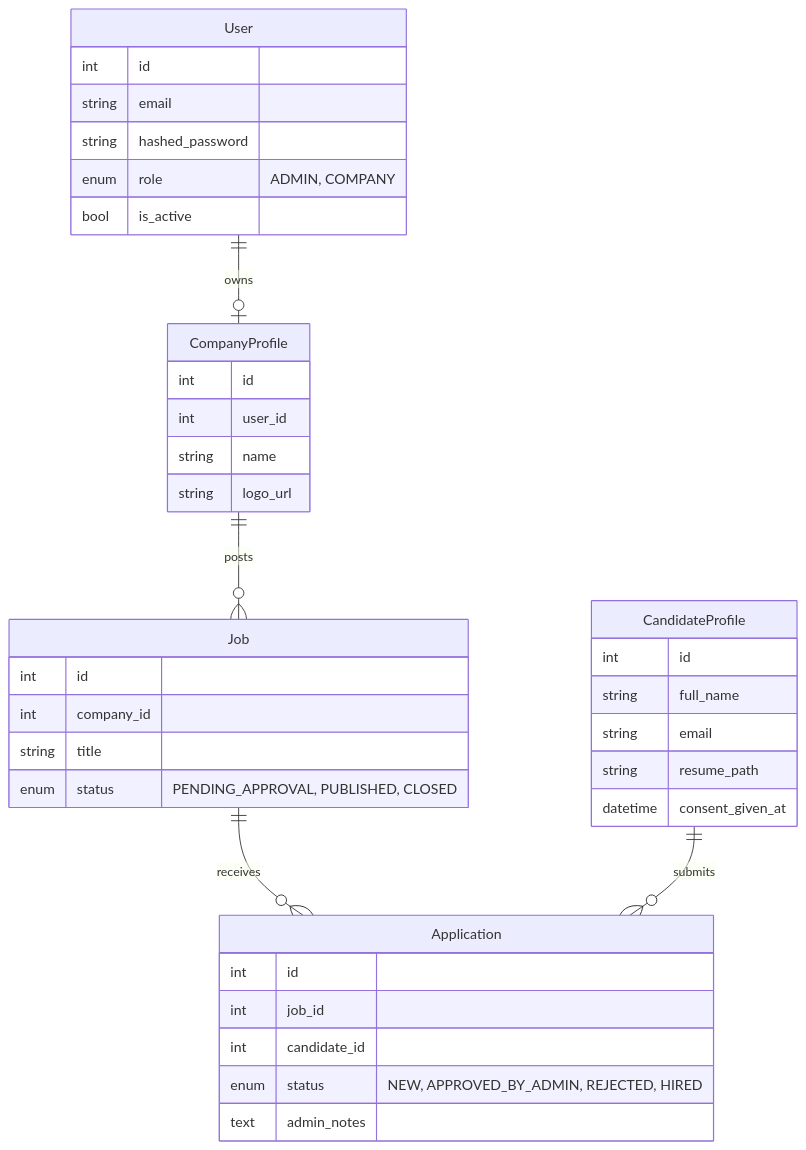
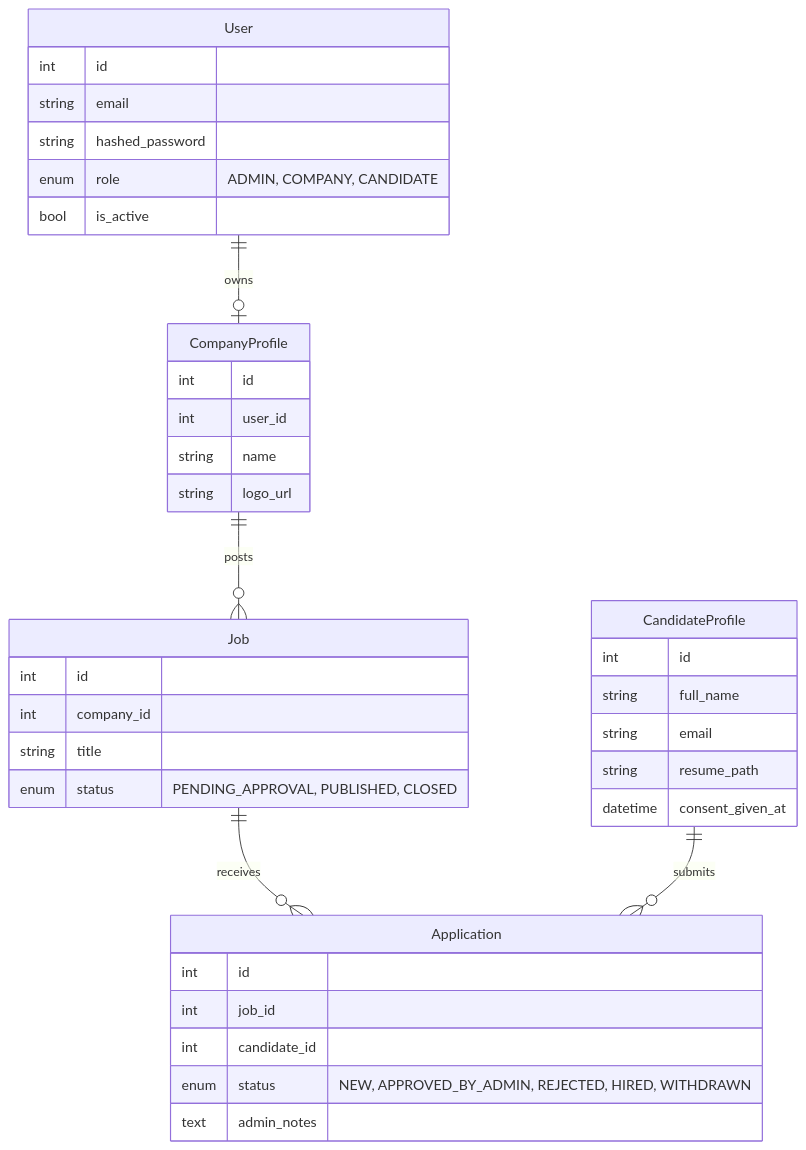
One commit to lahavrud/rs-recruitment changed the diagram in README.md. Above: the diagram before and after it, drawn with Mermaid. The commit also changed 7 other files, not shown here.

````diff
--- a/README.md
+++ b/README.md
@@ -68,41 +68,41 @@
 ```mermaid
 erDiagram
     User ||--o| CompanyProfile : owns
     CompanyProfile ||--o{ Job : posts
     Job ||--o{ Application : receives
     CandidateProfile ||--o{ Application : submits
 
     User {
         int id
         string email
         string hashed_password
-        enum role "ADMIN, COMPANY"
+        enum role "ADMIN, COMPANY, CANDIDATE"
         bool is_active
     }
     CompanyProfile {
         int id
         int user_id
         string name
         string logo_url
     }
     Job {
         int id
         int company_id
         string title
         enum status "PENDING_APPROVAL, PUBLISHED, CLOSED"
     }
     CandidateProfile {
         int id
         string full_name
         string email
         string resume_path
         datetime consent_given_at
     }
     Application {
         int id
         int job_id
         int candidate_id
-        enum status "NEW, APPROVED_BY_ADMIN, REJECTED, HIRED"
+        enum status "NEW, APPROVED_BY_ADMIN, REJECTED, HIRED, WITHDRAWN"
         text admin_notes
     }
 ```
````
